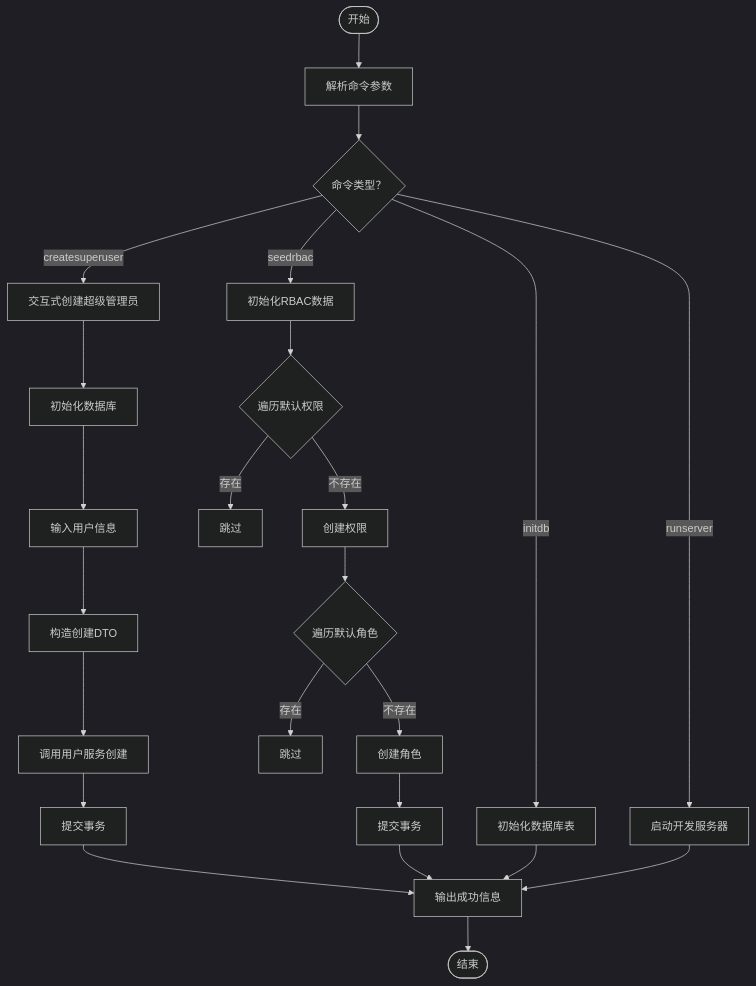
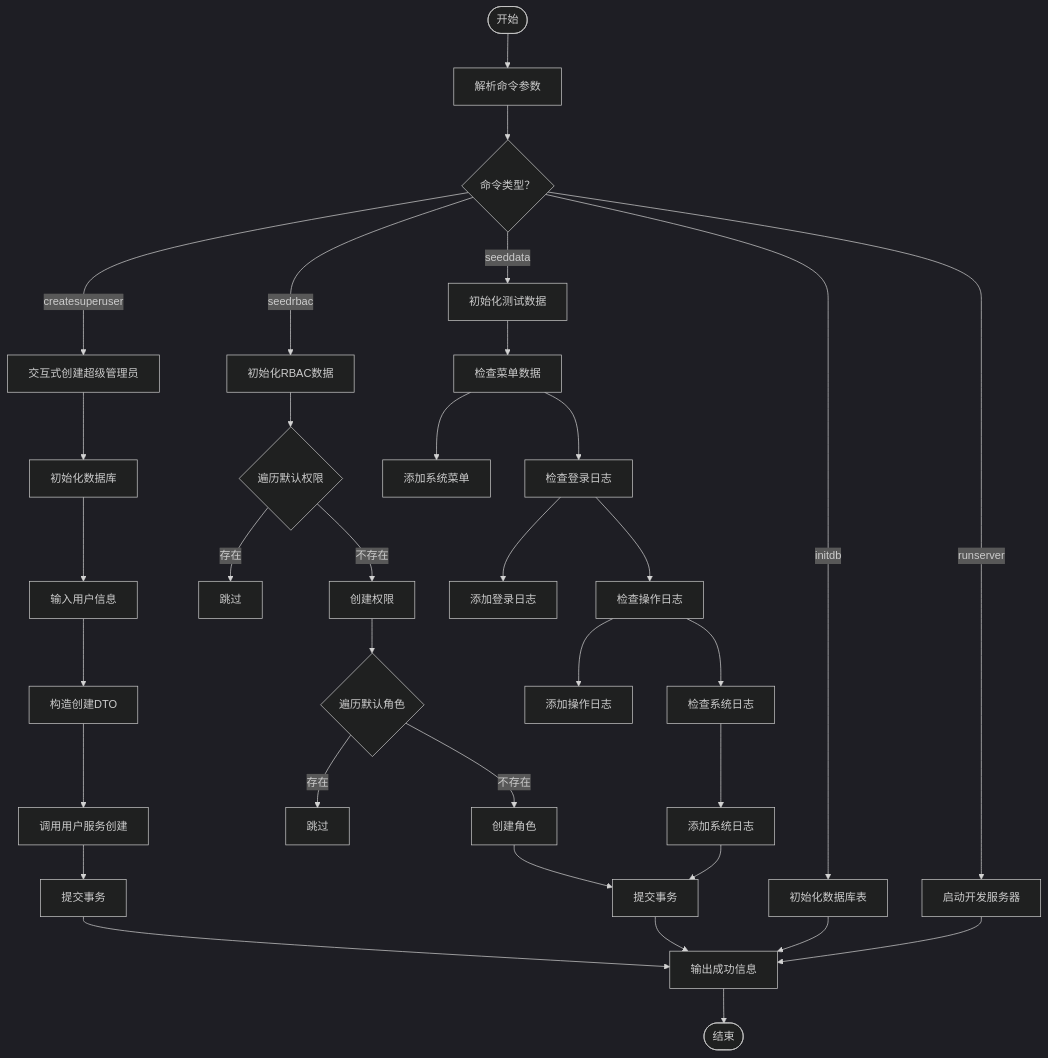
One commit to taoweidong/Hello-FastApi changed the fourth of 10 diagrams in .qoder/repowiki/zh/content/核心模块/开发工具与实用函数.md. Above: the diagram before and after it, drawn with Mermaid (dark theme). The commit also changed other lines of this file and 11 other files, not shown here.

````diff
--- a/.qoder/repowiki/zh/content/核心模块/开发工具与实用函数.md
+++ b/.qoder/repowiki/zh/content/核心模块/开发工具与实用函数.md
@@ -191,26 +191,36 @@
 ```mermaid
 flowchart TD
 Start(["开始"]) --> Parse["解析命令参数"]
 Parse --> Cmd{"命令类型？"}
 Cmd --> |runserver| Run["启动开发服务器"]
 Cmd --> |createsuperuser| CreateSuper["交互式创建超级管理员"]
 Cmd --> |initdb| InitDB["初始化数据库表"]
 Cmd --> |seedrbac| SeedRBAC["初始化RBAC数据"]
+Cmd --> |seeddata| SeedData["初始化测试数据"]
 CreateSuper --> DBInit["初始化数据库"]
 DBInit --> Input["输入用户信息"]
 Input --> DTO["构造创建DTO"]
 DTO --> Service["调用用户服务创建"]
 Service --> Commit["提交事务"]
 Commit --> Done["输出成功信息"]
 SeedRBAC --> PermLoop{"遍历默认权限"}
 PermLoop --> |存在| SkipPerm["跳过"]
 PermLoop --> |不存在| CreatePerm["创建权限"]
 CreatePerm --> RoleLoop{"遍历默认角色"}
 RoleLoop --> |存在| SkipRole["跳过"]
 RoleLoop --> |不存在| CreateRole["创建角色"]
 CreateRole --> SeedCommit["提交事务"]
 SeedCommit --> Done
+SeedData --> MenuCheck["检查菜单数据"]
+MenuCheck --> MenuAdd["添加系统菜单"]
+MenuCheck --> LogCheck["检查登录日志"]
+LogCheck --> LogAdd["添加登录日志"]
+LogCheck --> OpLogCheck["检查操作日志"]
+OpLogCheck --> OpLogAdd["添加操作日志"]
+OpLogCheck --> SysLogCheck["检查系统日志"]
+SysLogCheck --> SysLogAdd["添加系统日志"]
+SysLogAdd --> SeedCommit
 InitDB --> Done
 Run --> Done
 Done --> End(["结束"])
 ```
````
